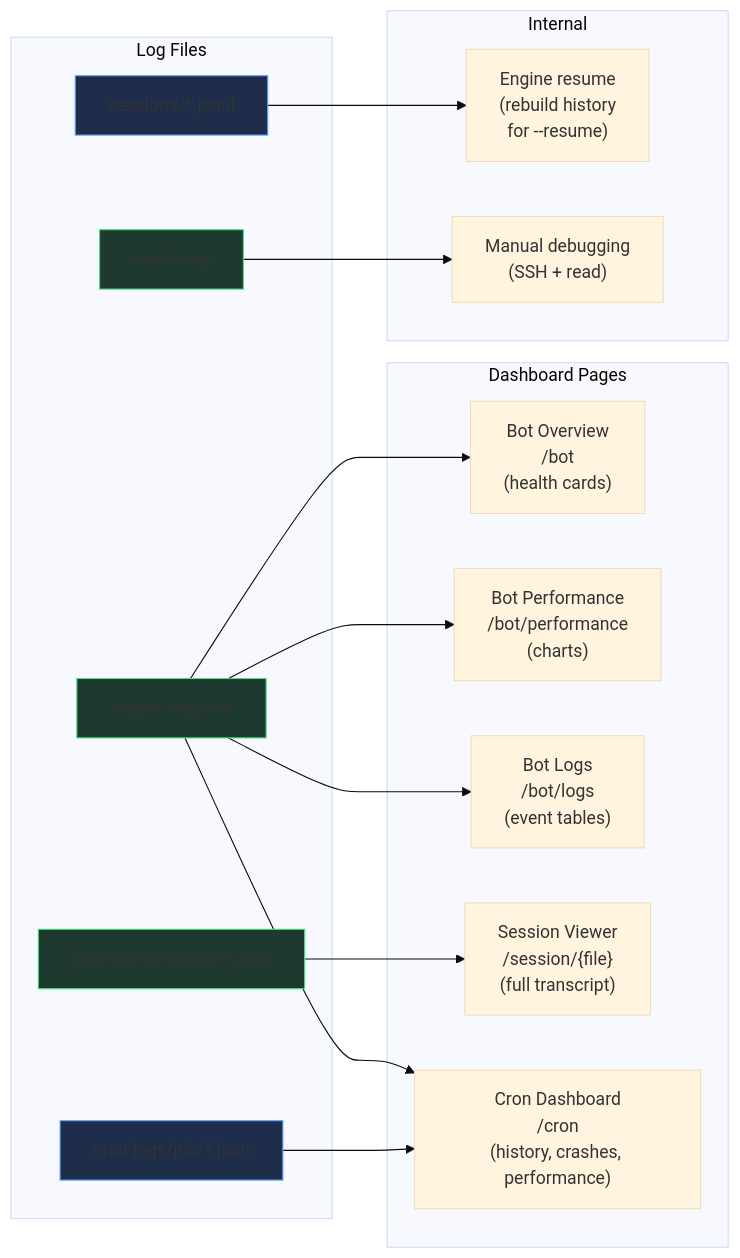
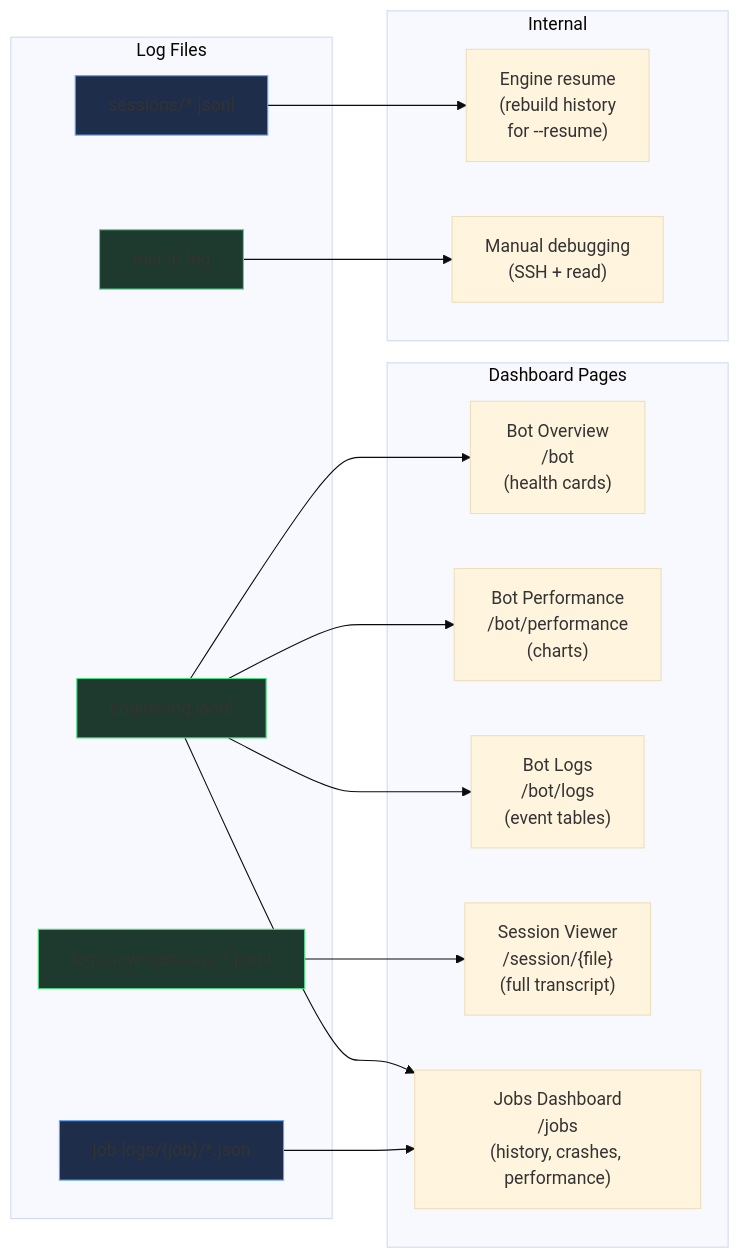
The diagram in docs/dev/logging-system/consumers.mmd (ArnaudValensi/merlin), drawn with Mermaid (base theme) before and after one commit. The commit also changed 123 other files, not shown here.

First line of the commit message:
Rename the cron system to jobs

```diff
--- a/docs/dev/logging-system/consumers.mmd
+++ b/docs/dev/logging-system/consumers.mmd
@@ -1,40 +1,40 @@
 flowchart LR
     subgraph Storage["Log Files"]
         EL["engine-log.jsonl"]
         RS["logs/raw-sessions/*.jsonl"]
-        CLG["cron-logs/job/*.json"]
+        JLG["job-logs/{job}/*.json"]
         ML["merlin.log"]
         SS["sessions/*.jsonl"]
     end
 
     subgraph Dashboard["Dashboard Pages"]
         BO["Bot Overview\n/bot\n(health cards)"]
         BP["Bot Performance\n/bot/performance\n(charts)"]
         BLG["Bot Logs\n/bot/logs\n(event tables)"]
         SV["Session Viewer\n/session/{file}\n(full transcript)"]
-        CD["Cron Dashboard\n/cron\n(history, crashes, performance)"]
+        CD["Jobs Dashboard\n/jobs\n(history, crashes, performance)"]
     end
 
     subgraph Internal["Internal"]
         ER["Engine resume\n(rebuild history\nfor --resume)"]
         DBG["Manual debugging\n(SSH + read)"]
     end
 
     EL --> BO
     EL --> BP
     EL --> BLG
     EL --> CD
 
     RS --> SV
 
-    CLG --> CD
+    JLG --> CD
 
     SS --> ER
 
     ML --> DBG
 
     style EL fill:#1e3a2f,stroke:#4ade80
     style RS fill:#1e3a2f,stroke:#4ade80
-    style CLG fill:#1e2d4a,stroke:#60a5fa
+    style JLG fill:#1e2d4a,stroke:#60a5fa
     style SS fill:#1e2d4a,stroke:#60a5fa
     style ML fill:#1e3a2f,stroke:#4ade80
```
